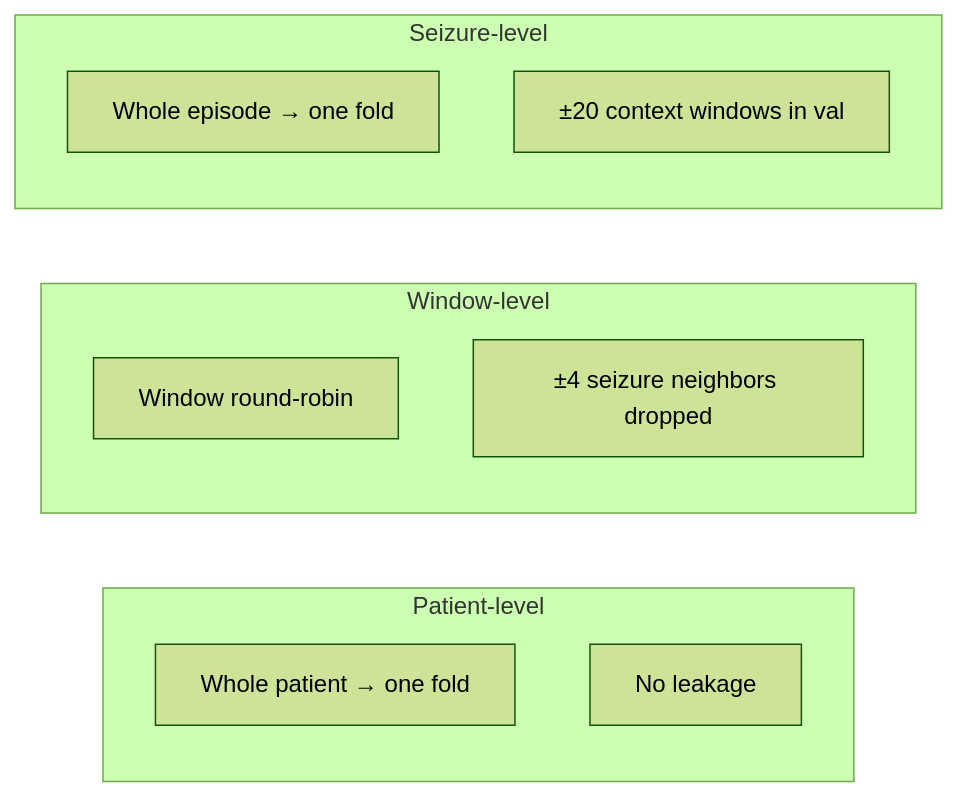
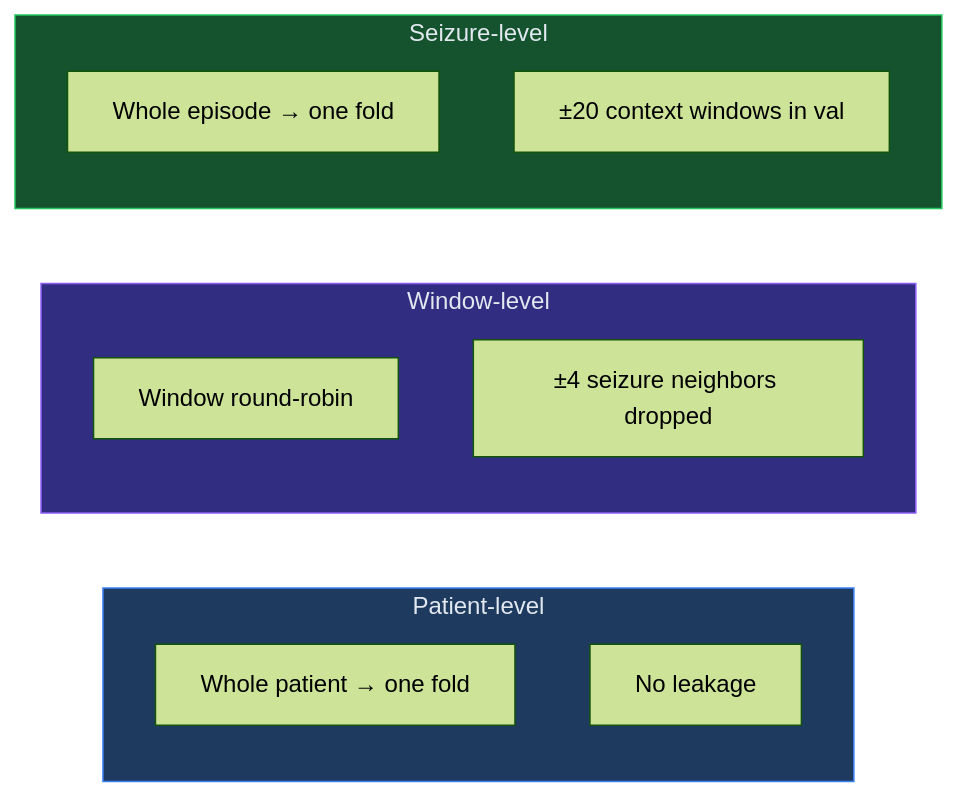
The diagram in mermaid/cv_strategies.mmd (RICSE-donnenfeld/DEEPL-brainshake), drawn with Mermaid (forest theme) before and after one commit. The commit also changed 18 other files, not shown here.

```diff
--- a/mermaid/cv_strategies.mmd
+++ b/mermaid/cv_strategies.mmd
@@ -1,14 +1,18 @@
 %% Cross-validation strategies
 flowchart LR
     subgraph patient["Patient-level"]
         p1["Whole patient → one fold"]
         p2["No leakage"]
     end
     subgraph window["Window-level"]
         w1["Window round-robin"]
         w2["±4 seizure neighbors dropped"]
     end
     subgraph seizure["Seizure-level"]
         s1["Whole episode → one fold"]
         s2["±20 context windows in val"]
     end
+
+    style patient fill:#1e3a5f,stroke:#3b82f6,color:#e2e8f0
+    style window fill:#312e81,stroke:#8b5cf6,color:#e2e8f0
+    style seizure fill:#14532d,stroke:#22c55e,color:#e2e8f0
```
